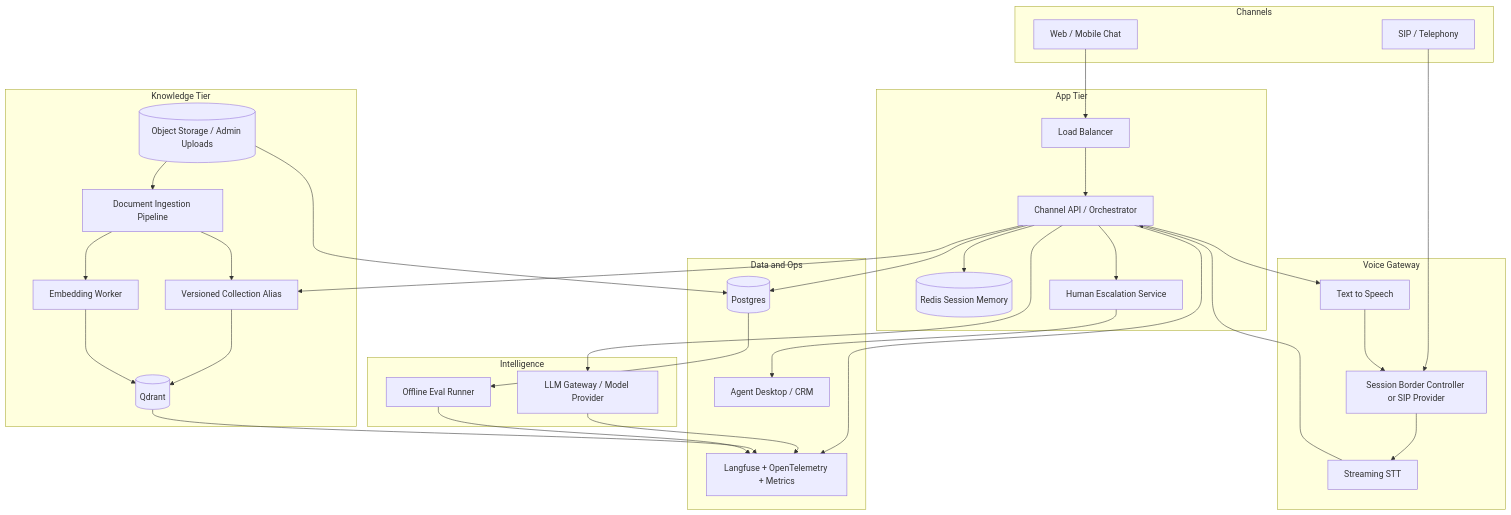
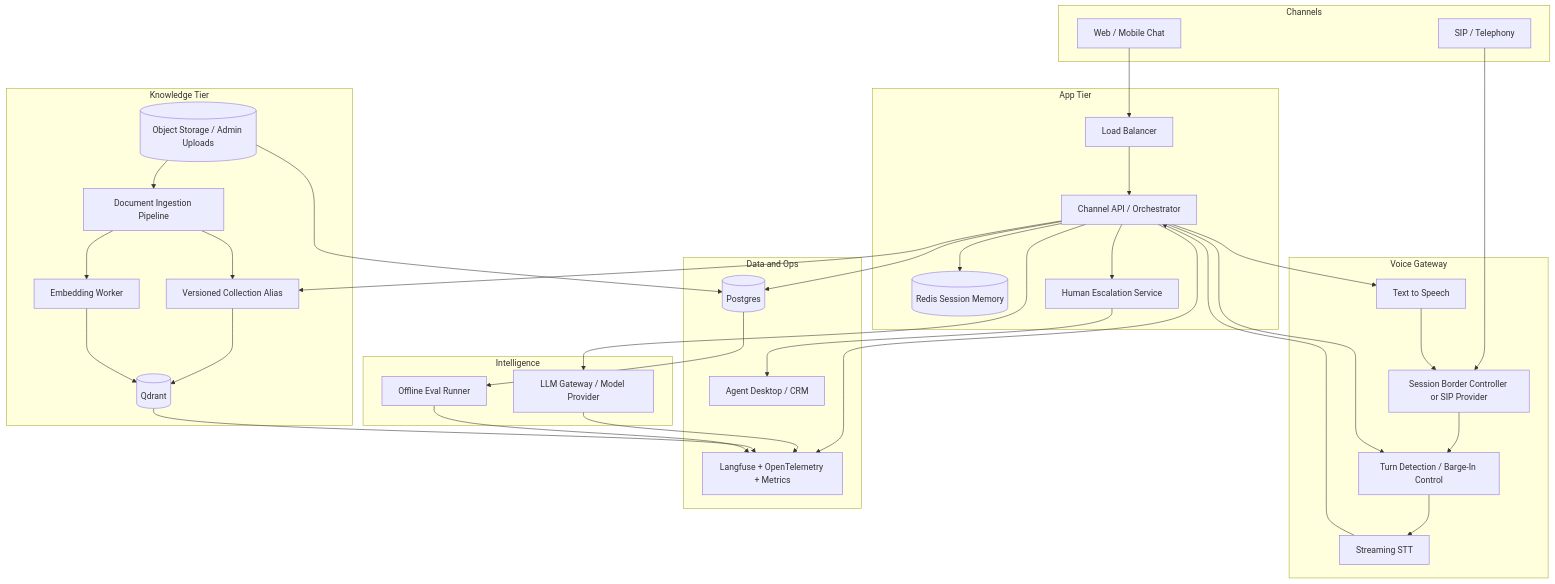
The diagram in Question2/architecture.mmd (Gopalatius/telco-support-ai-agent), drawn with Mermaid before and after one commit. The commit also changed other lines of this file and 3 other files, not shown here.

Commit message:
Polish Q2 voice evaluation and diagram detail

```diff
--- a/Question2/architecture.mmd
+++ b/Question2/architecture.mmd
@@ -1,56 +1,58 @@
 flowchart TB
     subgraph Channels
         Web[Web / Mobile Chat]
         SIP[SIP / Telephony]
     end
 
     subgraph Voice Gateway
         SBC[Session Border Controller or SIP Provider]
+        Turn[Turn Detection / Barge-In Control]
         STT[Streaming STT]
         TTS[Text to Speech]
     end
 
     subgraph App Tier
         LB[Load Balancer]
         API[Channel API / Orchestrator]
         Memory[(Redis Session Memory)]
         Escalation[Human Escalation Service]
     end
 
     subgraph Knowledge Tier
         Ingestion[Document Ingestion Pipeline]
         Store[(Object Storage / Admin Uploads)]
         Embed[Embedding Worker]
         Qdrant[(Qdrant)]
         Alias[Versioned Collection Alias]
     end
 
     subgraph Intelligence
         LLM[LLM Gateway / Model Provider]
         Eval[Offline Eval Runner]
     end
 
     subgraph Data and Ops
         SQL[(Postgres)]
         Obs[Langfuse + OpenTelemetry + Metrics]
         Agents[Agent Desktop / CRM]
     end
 
     Web --> LB --> API
-    SIP --> SBC --> STT --> API
+    SIP --> SBC --> Turn --> STT --> API
     API --> Memory
     API --> Alias --> Qdrant
     API --> LLM
     API --> Escalation --> Agents
     API --> SQL
     API --> Obs
     LLM --> Obs
     Qdrant --> Obs
     TTS --> SBC
     API --> TTS
+    API --> Turn
 
     Store --> Ingestion --> Embed --> Qdrant
     Ingestion --> Alias
     Store --> SQL
     SQL --> Eval
     Eval --> Obs
```
